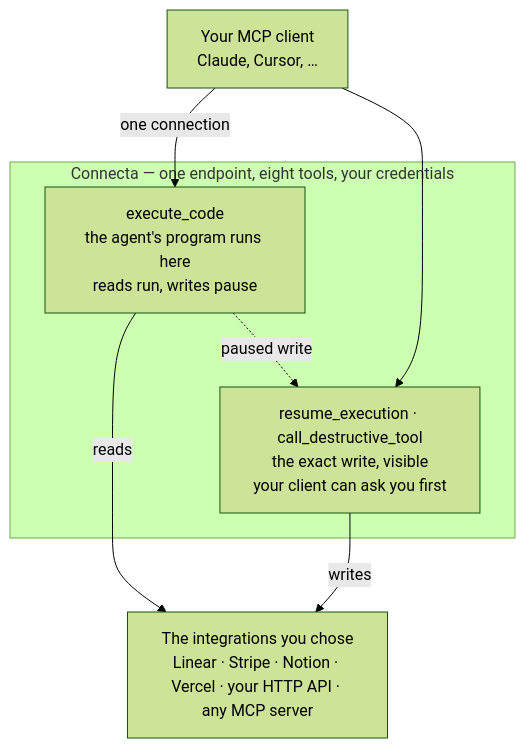
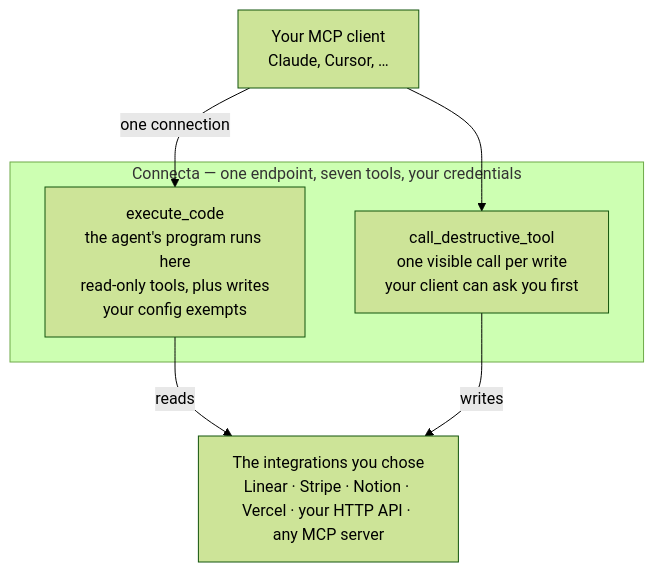
One commit to zackbart/connecta changed the diagram in README.md. Above: the diagram before and after it, drawn with Mermaid (forest theme). The commit also changed other lines of this file and 64 other files, not shown here.

First line of the commit message:
Remove program pauses and resume_execution (#672) (#673)

````diff
--- a/README.md
+++ b/README.md
@@ -30,17 +29,16 @@
 ```mermaid
 flowchart TB
     Client["Your MCP client<br/>Claude, Cursor, …"]
 
-    subgraph Connecta["Connecta — one endpoint, eight tools, your credentials"]
-        Sandbox["execute_code<br/>the agent's program runs here<br/>reads run, writes pause"]
-        Explicit["resume_execution · call_destructive_tool<br/>the exact write, visible<br/>your client can ask you first"]
+    subgraph Connecta["Connecta — one endpoint, seven tools, your credentials"]
+        Sandbox["execute_code<br/>the agent's program runs here<br/>read-only tools, plus writes<br/>your config exempts"]
+        Explicit["call_destructive_tool<br/>one visible call per write<br/>your client can ask you first"]
     end
 
     Integrations["The integrations you chose<br/>Linear · Stripe · Notion · Vercel · your HTTP API · any MCP server"]
 
     Client -->|"one connection"| Sandbox
     Client --> Explicit
     Sandbox -->|"reads"| Integrations
-    Sandbox -.->|"paused write"| Explicit
     Explicit -->|"writes"| Integrations
 ```
````
